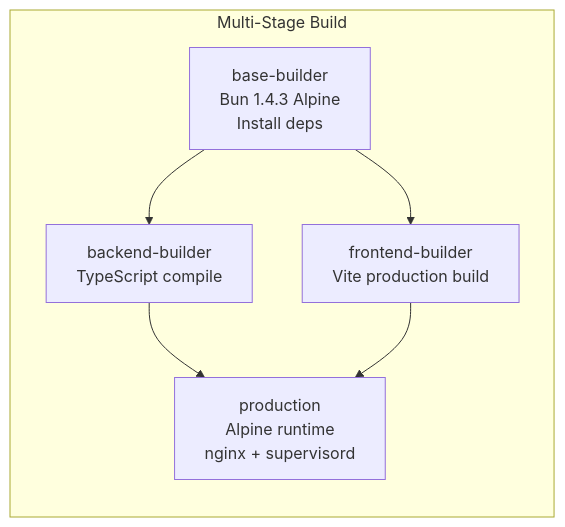
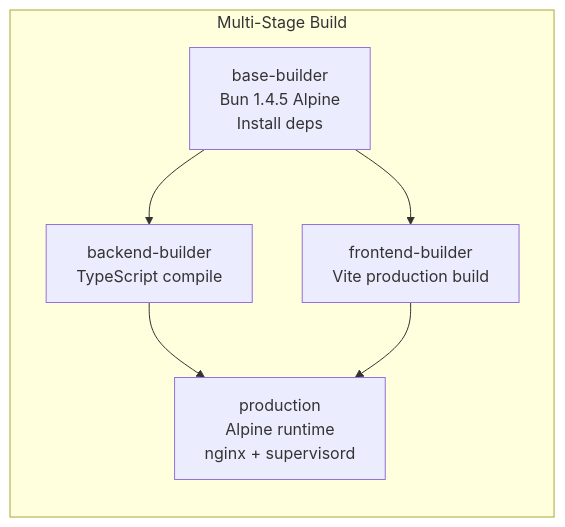
Before and after one commit to NomadicDaddy/spernakit: the first of 3 diagrams in docs/template/architecture/deployment-architecture.md, drawn with Mermaid. The commit also changed 13 other files, not shown here.

````diff
--- a/docs/template/architecture/deployment-architecture.md
+++ b/docs/template/architecture/deployment-architecture.md
@@ -7,14 +7,14 @@
 ```mermaid
 graph LR
     subgraph "Multi-Stage Build"
-        base["base-builder<br/>Bun 1.4.3 Alpine<br/>Install deps"]
+        base["base-builder<br/>Bun 1.4.5 Alpine<br/>Install deps"]
         backend["backend-builder<br/>TypeScript compile"]
         frontend["frontend-builder<br/>Vite production build"]
         prod["production<br/>Alpine runtime<br/>nginx + supervisord"]
     end
 
     base --> backend
     base --> frontend
     backend --> prod
     frontend --> prod
 ```
````
